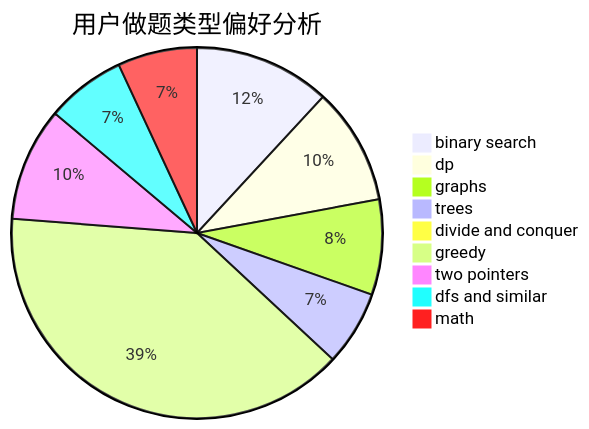
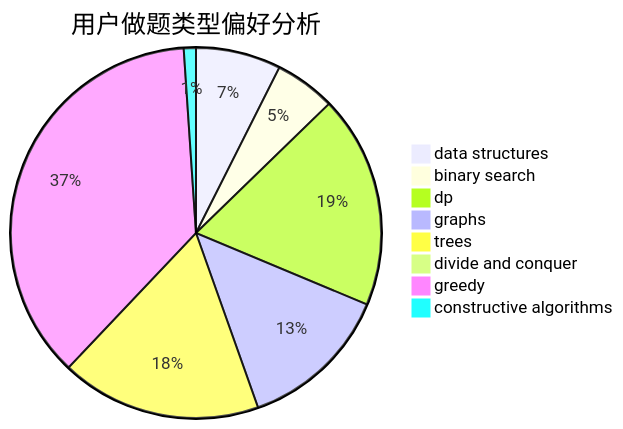
One commit to sherpahu/cfrs.github.io changed the second of 3 diagrams in docs/user/u395.md. Above: the diagram before and after it, drawn with Mermaid. The commit also changed other lines of this file and 2775 other files, not shown here.

````diff
--- a/docs/user/u395.md
+++ b/docs/user/u395.md
@@ -23,12 +23,11 @@
 ```mermaid
 pie title 用户做题类型偏好分析
-    "binary search" :  120
-    "dp" :  103
-    "graphs" :  84
+    "data structures" :  28
+    "binary search" :  20
+    "dp" :  70
+    "graphs" :  50
     "trees" :  66
-    "divide and conquer" :  5
-    "greedy" :  397
-    "two pointers" :  100
-    "dfs and similar" :  70
-    "math" :  70
+    "divide and conquer" :  0
+    "greedy" :  139
+    "constructive algorithms" :  4
 ```
````
